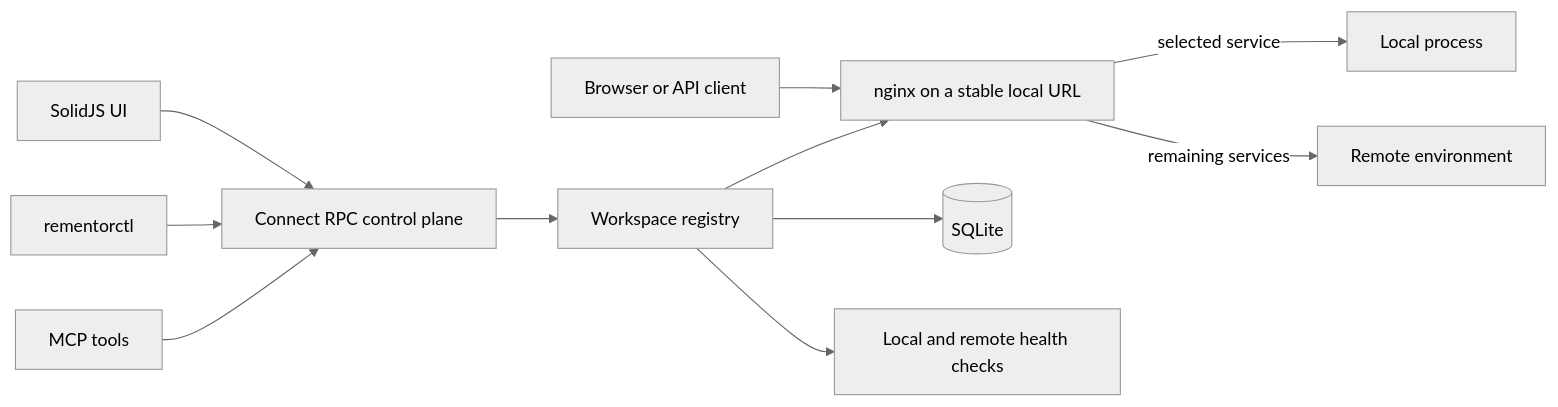
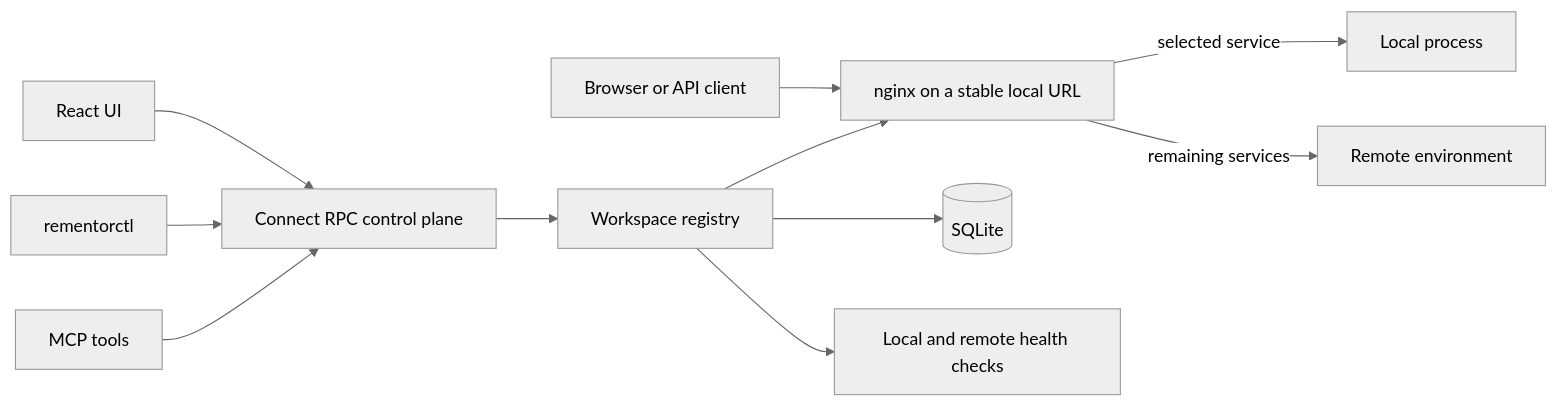
The diagram in README.md (thiagojdb/rementor), drawn with Mermaid (neutral theme) before and after one commit. The commit also changed other lines of this file and 96 other files, not shown here.

````diff
--- a/README.md
+++ b/README.md
@@ -86,13 +86,13 @@
 ```mermaid
 flowchart LR
   Client[Browser or API client] --> Proxy[nginx on a stable local URL]
   Proxy -->|selected service| Local[Local process]
   Proxy -->|remaining services| Remote[Remote environment]
-  UI[SolidJS UI] --> RPC[Connect RPC control plane]
+  UI[React UI] --> RPC[Connect RPC control plane]
   CLI[rementorctl] --> RPC
   MCP[MCP tools] --> RPC
   RPC --> Registry[Workspace registry]
   Registry --> DB[(SQLite)]
   Registry --> Proxy
   Registry --> Health[Local and remote health checks]
 ```
````
